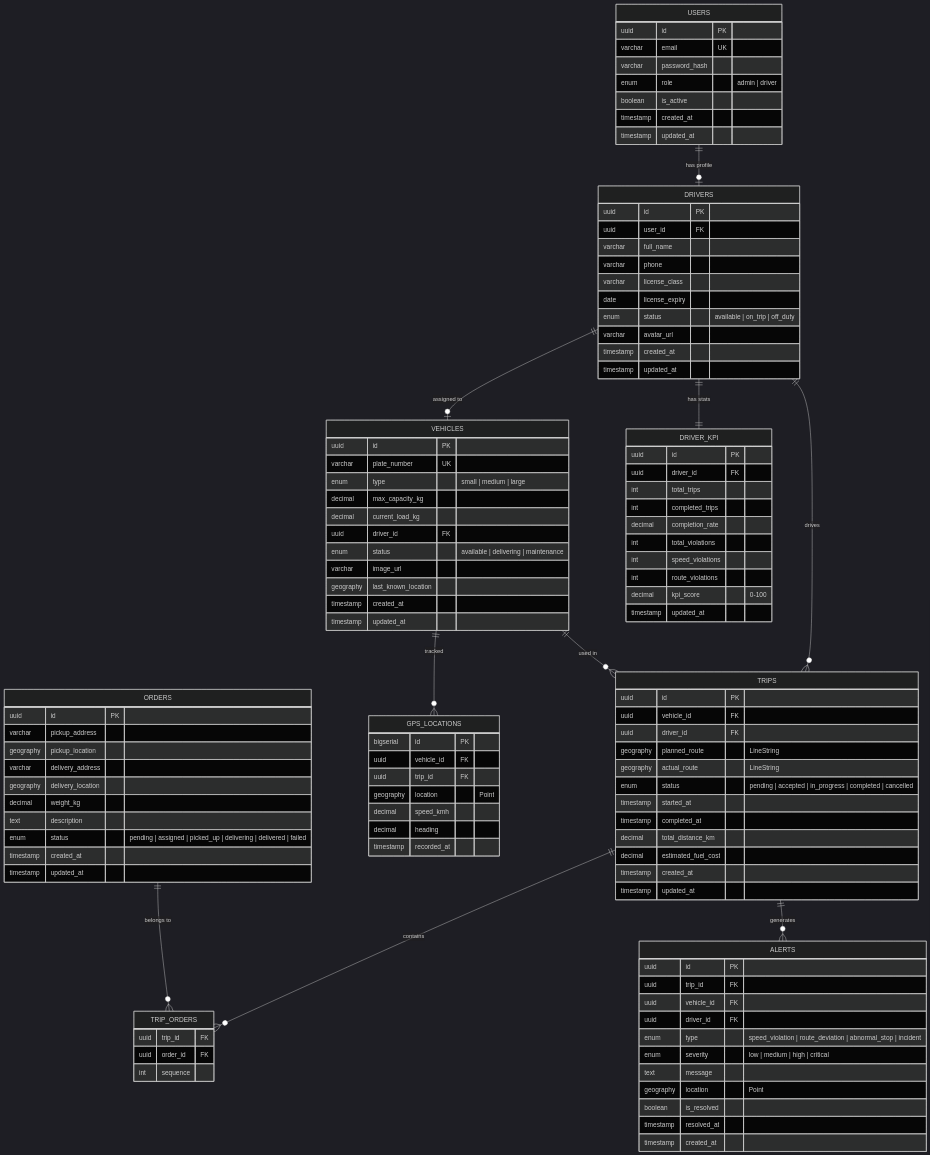
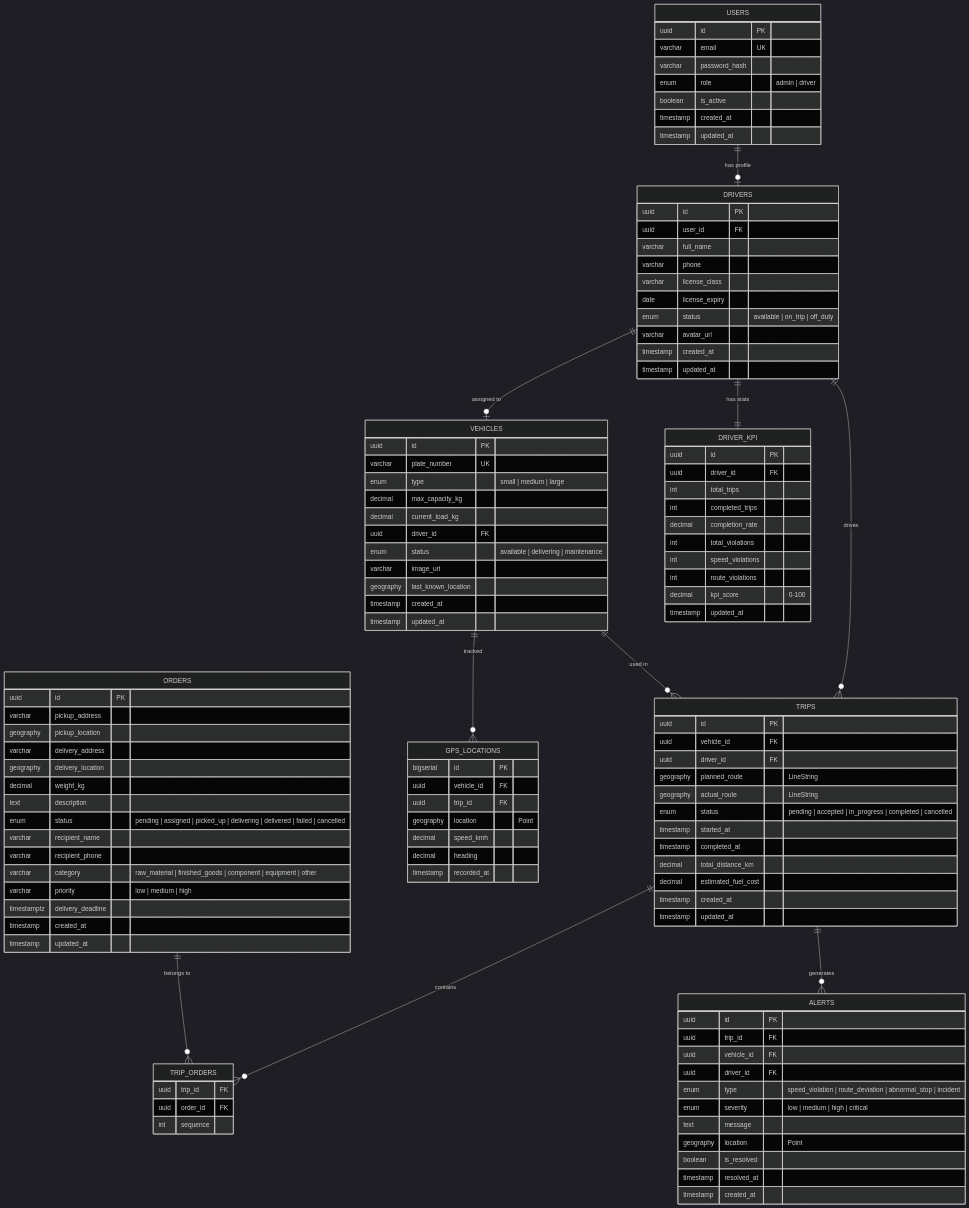
Before and after one commit to dunggawr/Fleet-Tracker: the first of 4 diagrams in docs/DESIGN.md, drawn with Mermaid (dark theme). The commit also changed other lines of this file and 13 other files, not shown here.

```diff
--- a/docs/DESIGN.md
+++ b/docs/DESIGN.md
@@ -66,7 +66,12 @@
         geography delivery_location
         decimal weight_kg
         text description
-        enum status "pending | assigned | picked_up | delivering | delivered | failed"
+        enum status "pending | assigned | picked_up | delivering | delivered | failed | cancelled"
+        varchar recipient_name
+        varchar recipient_phone
+        varchar category "raw_material | finished_goods | component | equipment | other"
+        varchar priority "low | medium | high"
+        timestamptz delivery_deadline
         timestamp created_at
         timestamp updated_at
     }
```
